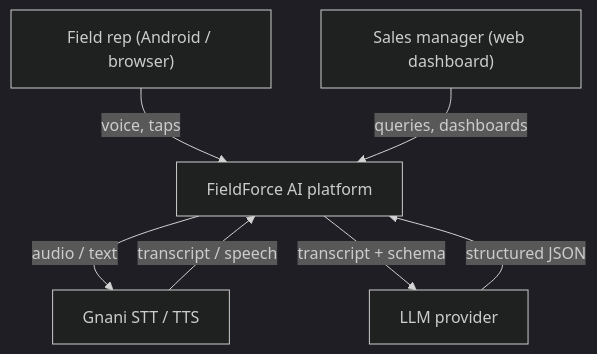
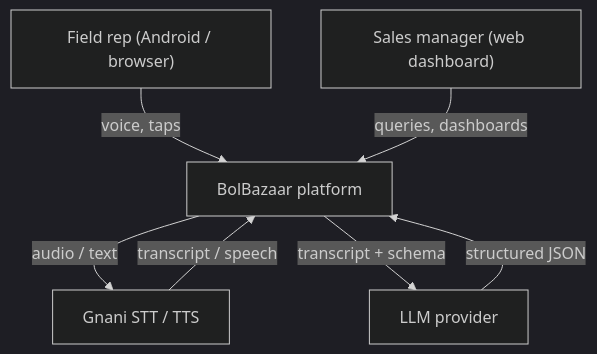
One commit to Tanmay268/BolBazaar changed the first of 2 diagrams in docs/architecture/system-architecture.md. Above: the diagram before and after it, drawn with Mermaid (dark theme). The commit also changed 64 other files, not shown here.

````diff
--- a/docs/architecture/system-architecture.md
+++ b/docs/architecture/system-architecture.md
@@ -5,14 +5,14 @@
 ```mermaid
 flowchart TB
   Rep["Field rep (Android / browser)"]
   Mgr["Sales manager (web dashboard)"]
-  FF["FieldForce AI platform"]
+  FF["BolBazaar platform"]
   Gnani["Gnani STT / TTS"]
   LLM["LLM provider"]
   Rep -- "voice, taps" --> FF
   Mgr -- "queries, dashboards" --> FF
   FF -- "audio / text" --> Gnani
   FF -- "transcript + schema" --> LLM
   Gnani -- "transcript / speech" --> FF
   LLM -- "structured JSON" --> FF
 ```
````
